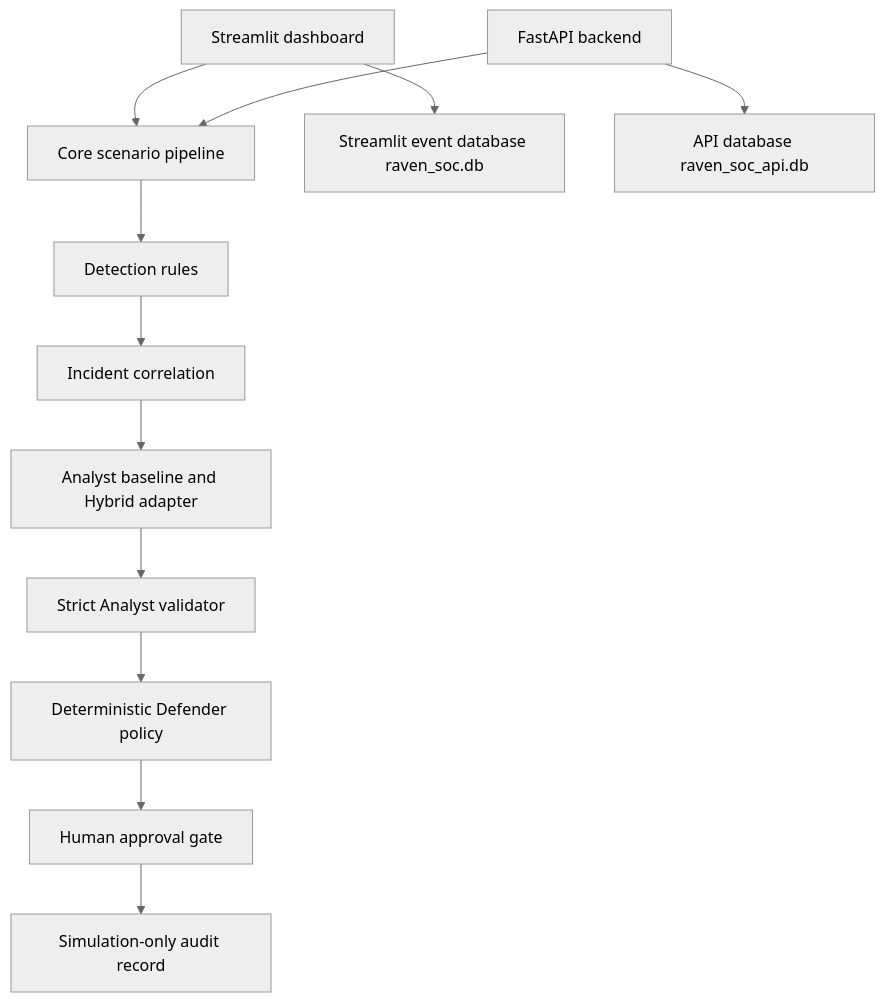
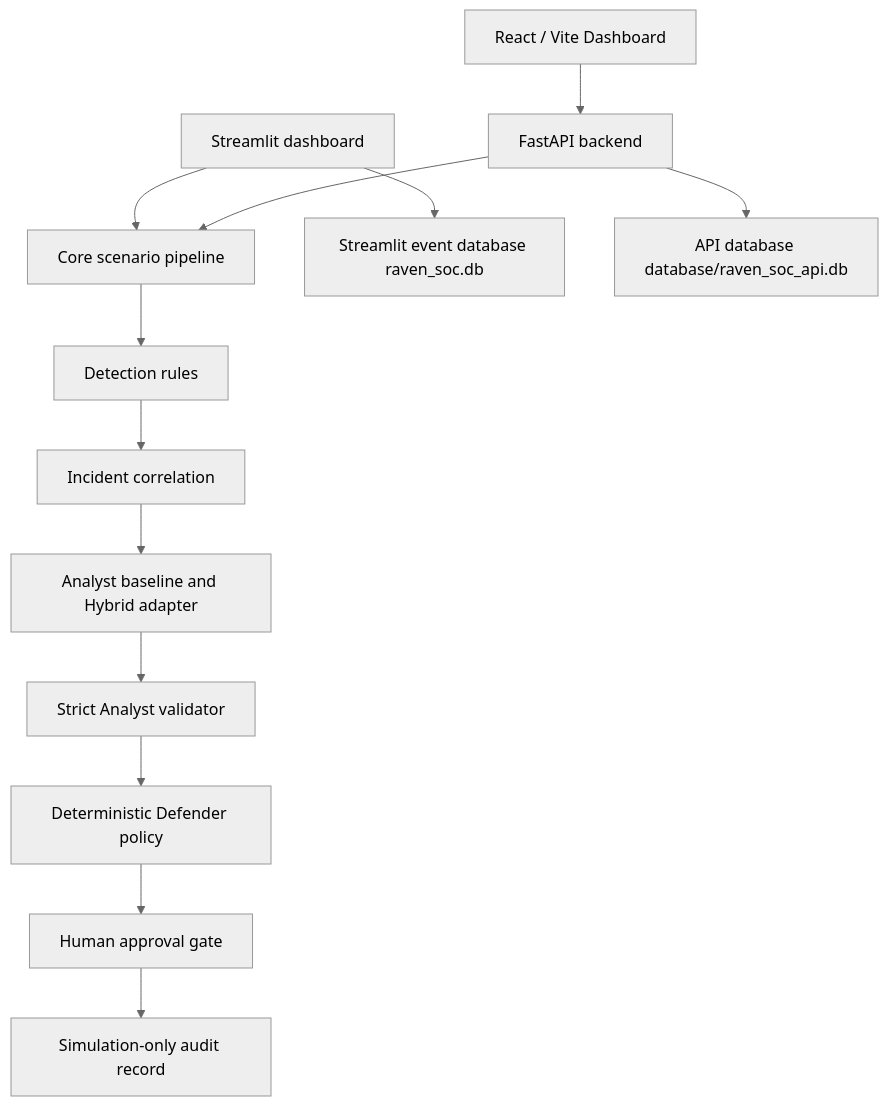
The diagram in docs/architecture.md (arjunkariveettil965/raven-soc), drawn with Mermaid (neutral theme) before and after one commit. The commit also changed other lines of this file, not shown here.

Commit message:
docs: improve project architecture documentation

````diff
--- a/docs/architecture.md
+++ b/docs/architecture.md
@@ -3,14 +3,15 @@
 ```mermaid
 flowchart TD
     S[Streamlit dashboard] --> C[Core scenario pipeline]
-    A[FastAPI backend] --> C
+    R[React / Vite Dashboard] --> A[FastAPI backend]
+    A --> C
     C --> D[Detection rules]
     D --> E[Incident correlation]
     E --> F[Analyst baseline and Hybrid adapter]
     F --> G[Strict Analyst validator]
     G --> H[Deterministic Defender policy]
     H --> I[Human approval gate]
     I --> J[Simulation-only audit record]
     S --> K[Streamlit event database raven_soc.db]
-    A --> L[API database raven_soc_api.db]
+    A --> L[API database database/raven_soc_api.db]
 ```
````
